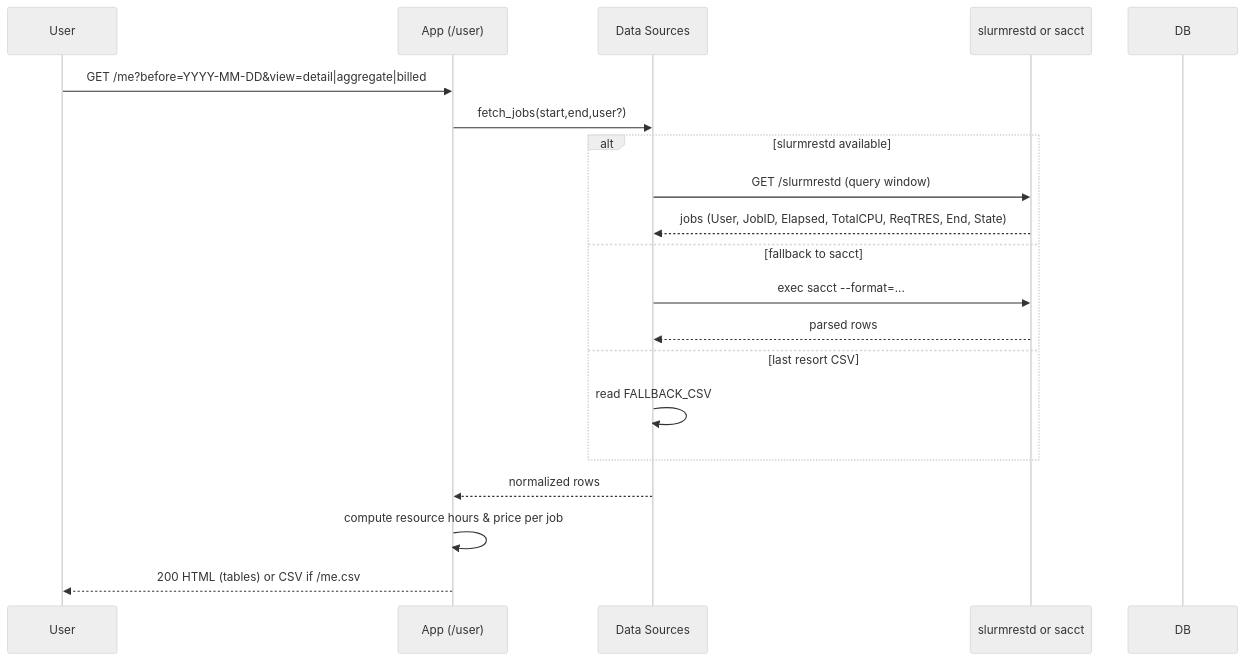
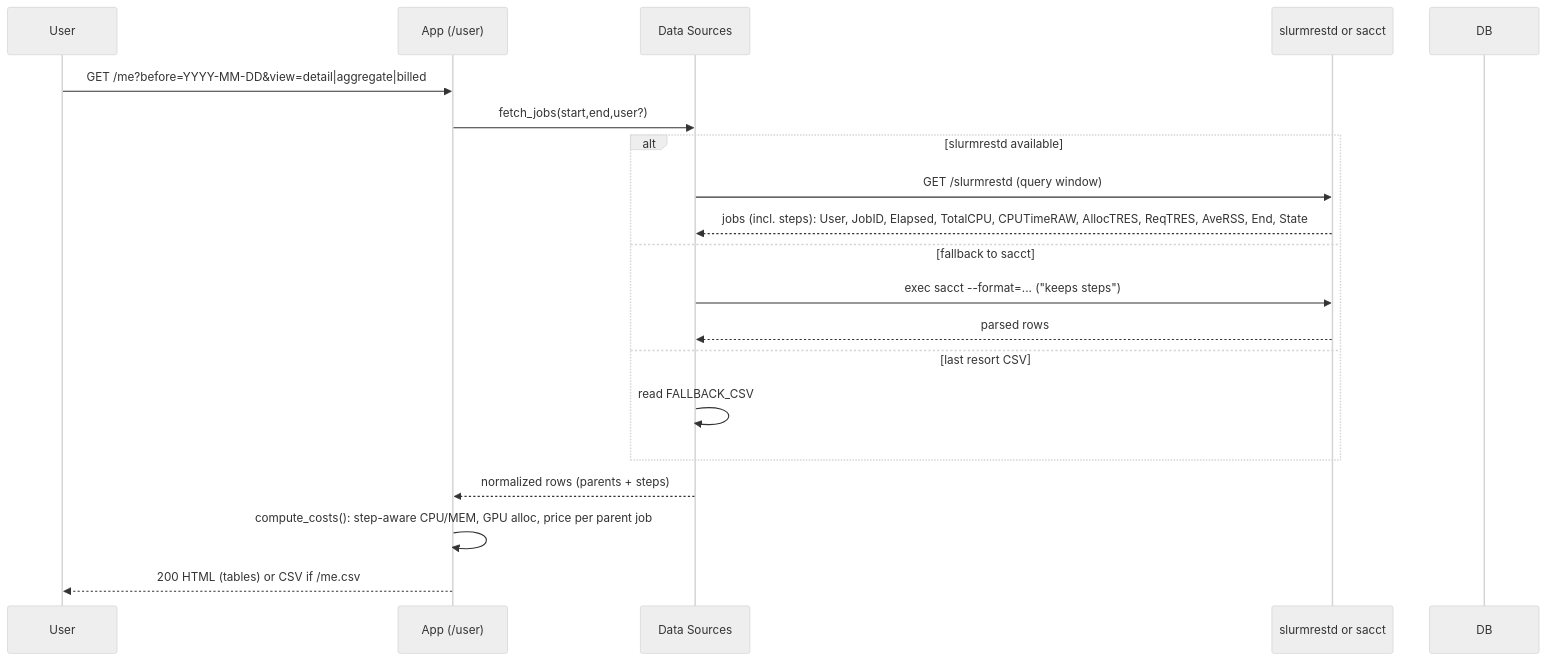
The second of 11 diagrams in docs/05-flows.md (Purinat33/hpc_flask), drawn with Mermaid (neutral theme) before and after one commit. The commit also changed other lines of this file and 3 other files, not shown here.

````diff
--- a/docs/05-flows.md
+++ b/docs/05-flows.md
@@ -56,23 +56,23 @@
 ```mermaid
 sequenceDiagram
   participant U as User
   participant App as App (/user)
   participant DS as Data Sources
   participant Slurm as slurmrestd or sacct
   participant DB as DB
 
   U->>App: GET /me?before=YYYY-MM-DD&view=detail|aggregate|billed
   App->>DS: fetch_jobs(start,end,user?)
   alt slurmrestd available
     DS->>Slurm: GET /slurmrestd (query window)
-    Slurm-->>DS: jobs (User, JobID, Elapsed, TotalCPU, ReqTRES, End, State)
+    Slurm-->>DS: jobs (incl. steps): User, JobID, Elapsed, TotalCPU, CPUTimeRAW, AllocTRES, ReqTRES, AveRSS, End, State
   else fallback to sacct
-    DS->>Slurm: exec sacct --format=...
+    DS->>Slurm: exec sacct --format=... ("keeps steps")
     Slurm-->>DS: parsed rows
   else last resort CSV
     DS->>DS: read FALLBACK_CSV
   end
-  DS-->>App: normalized rows
-  App->>App: compute resource hours & price per job
+  DS-->>App: normalized rows (parents + steps)
+  App->>App: compute_costs(): step-aware CPU/MEM, GPU alloc, price per parent job
   App-->>U: 200 HTML (tables) or CSV if /me.csv
 ```
````
